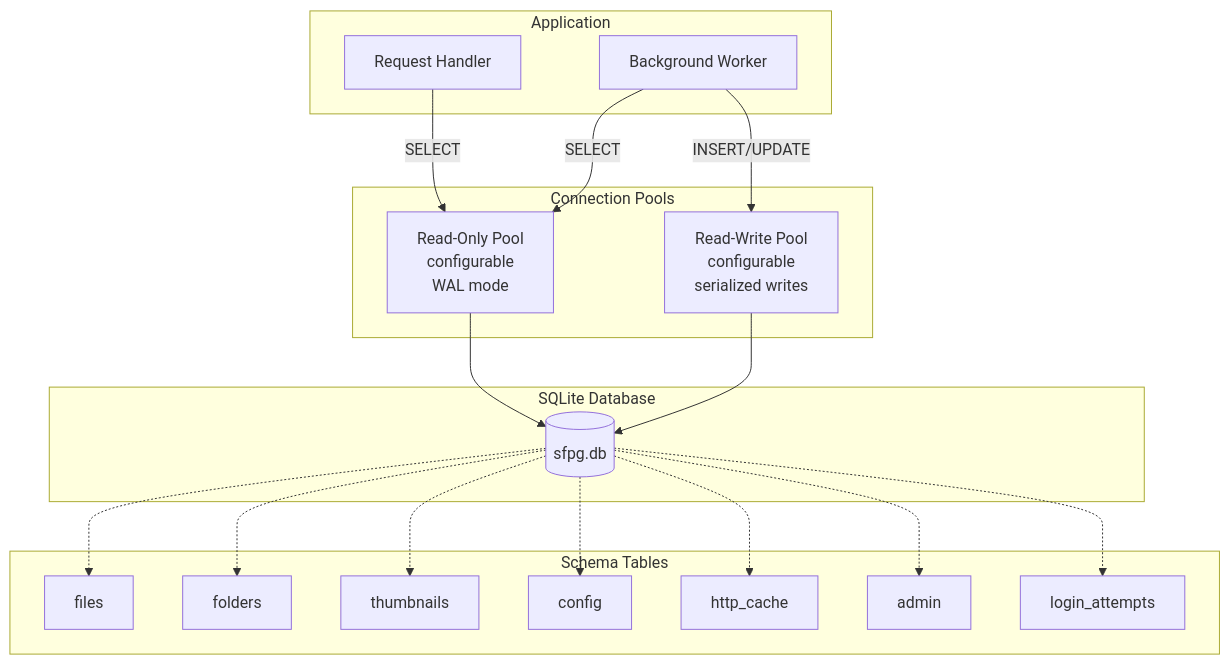
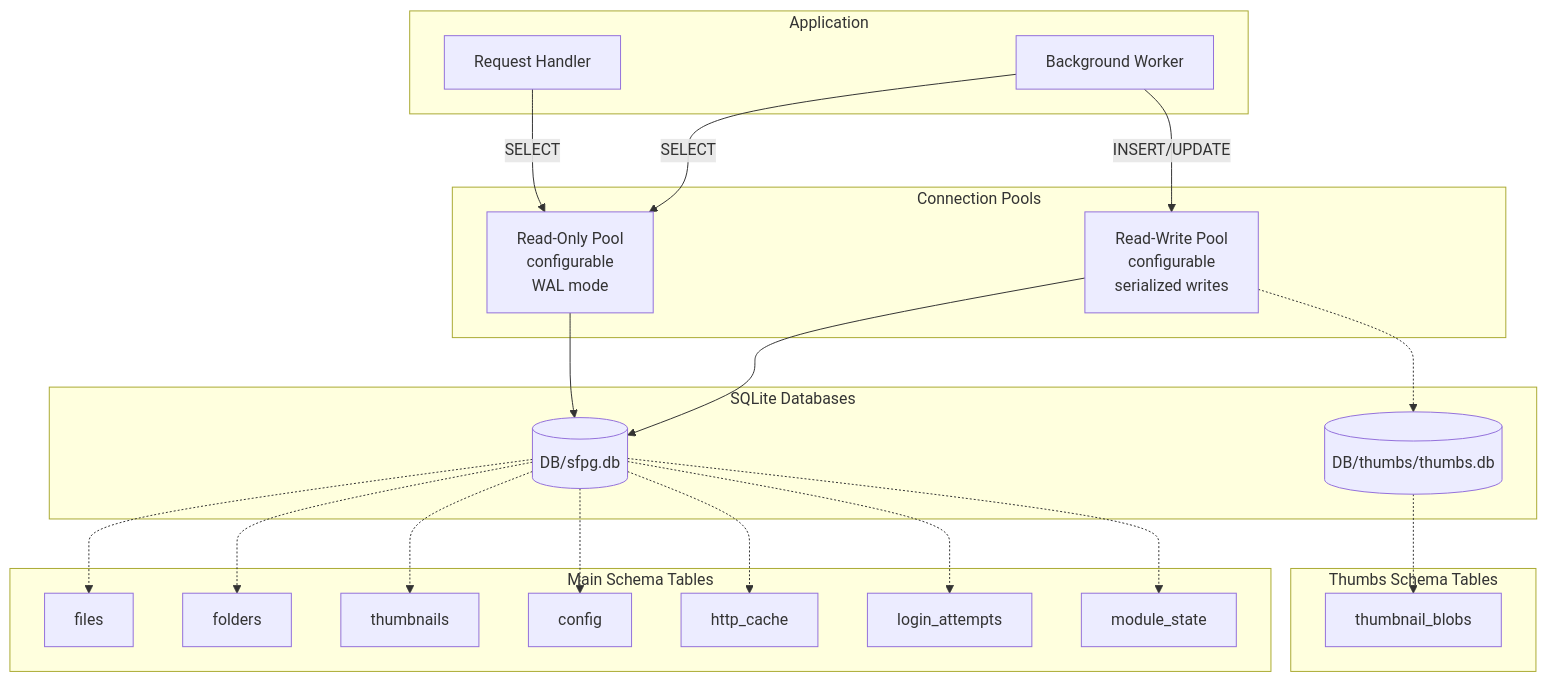
Before and after one commit to lbe/sfpg-go: the fourth of 21 diagrams in docs/ARCHITECTURE.md, drawn with Mermaid. The commit also changed other lines of this file and 180 other files, not shown here.

````diff
--- a/docs/ARCHITECTURE.md
+++ b/docs/ARCHITECTURE.md
@@ -286,41 +302,48 @@
 ```mermaid
 graph TB
     subgraph "Application"
         Handler[Request Handler]
         Worker[Background Worker]
     end
 
     subgraph "Connection Pools"
         RO[Read-Only Pool<br/>configurable<br/>WAL mode]
         RW[Read-Write Pool<br/>configurable<br/>serialized writes]
     end
 
-    subgraph "SQLite Database"
-        DB[(sfpg.db)]
+    subgraph "SQLite Databases"
+        MainDB[(DB/sfpg.db)]
+        ThumbsDB[(DB/thumbs/thumbs.db)]
     end
 
-    subgraph "Schema Tables"
+    subgraph "Main Schema Tables"
         Files[files]
         Folders[folders]
         Thumbnails[thumbnails]
         Config[config]
         HTTPCache[http_cache]
-        Admin[admin]
         LoginAttempts[login_attempts]
+        ModuleState[module_state]
+    end
+
+    subgraph "Thumbs Schema Tables"
+        ThumbnailBlobs[thumbnail_blobs]
     end
 
     Handler -->|SELECT| RO
     Worker -->|SELECT| RO
     Worker -->|INSERT/UPDATE| RW
 
-    RO --> DB
-    RW --> DB
+    RO --> MainDB
+    RW --> MainDB
+    RW -.-> ThumbsDB
 
-    DB -.-> Files
-    DB -.-> Folders
-    DB -.-> Thumbnails
-    DB -.-> Config
-    DB -.-> HTTPCache
-    DB -.-> Admin
-    DB -.-> LoginAttempts
+    MainDB -.-> Files
+    MainDB -.-> Folders
+    MainDB -.-> Thumbnails
+    MainDB -.-> Config
+    MainDB -.-> HTTPCache
+    MainDB -.-> LoginAttempts
+    MainDB -.-> ModuleState
+    ThumbsDB -.-> ThumbnailBlobs
 ```
````
